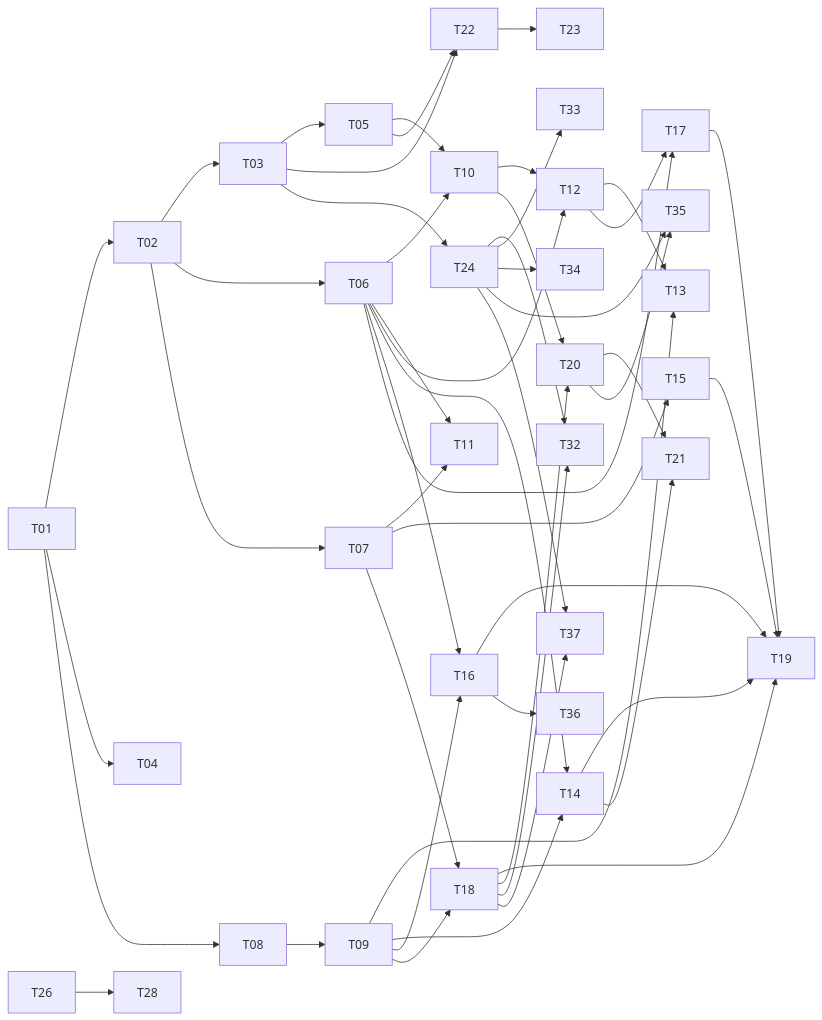
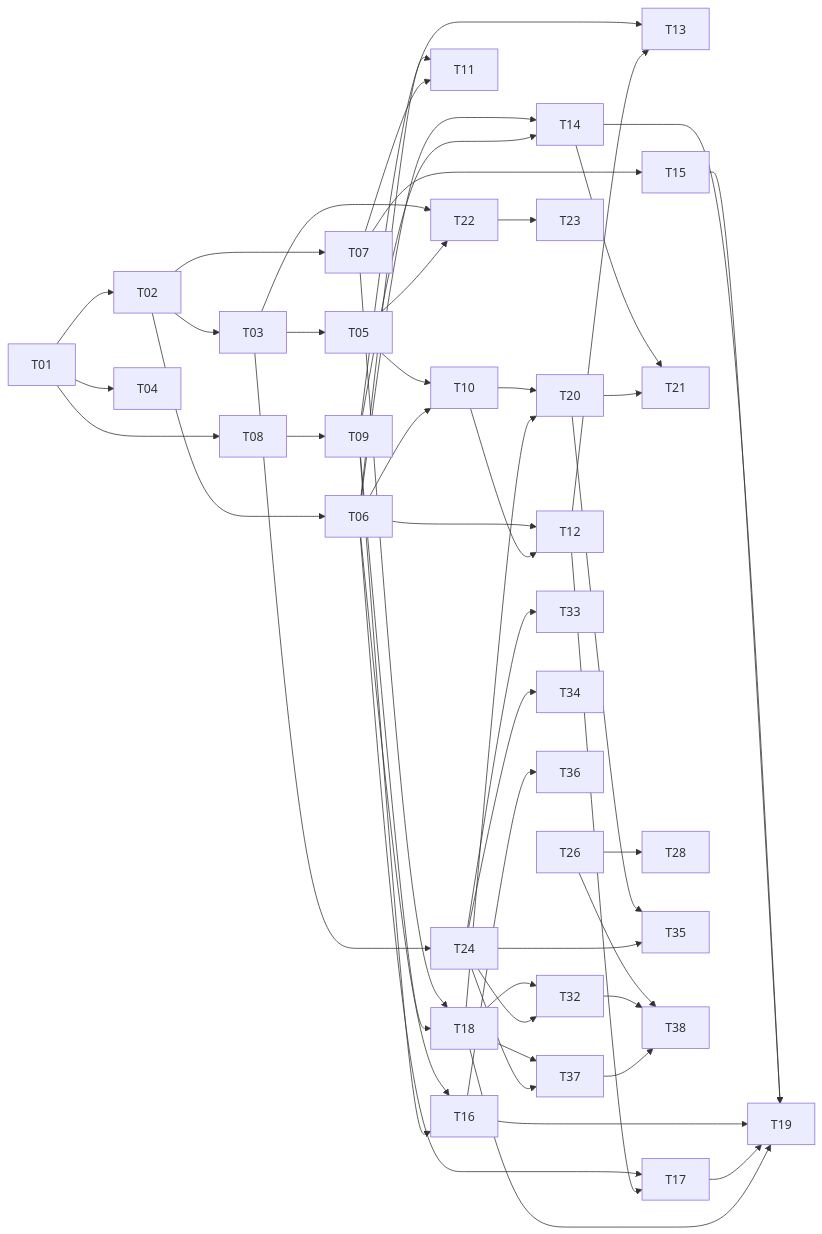
One commit to i-gabdrahmanov/ForgeIDE changed the diagram in docs/tasks/README.md. Above: the diagram before and after it, drawn with Mermaid. The commit also changed other lines of this file and 12 other files, not shown here.

````diff
--- a/docs/tasks/README.md
+++ b/docs/tasks/README.md
@@ -50,42 +51,45 @@
 ```mermaid
 flowchart LR
     T01 --> T02 --> T03 --> T05
     T01 --> T04
     T01 --> T08 --> T09
     T02 --> T06
     T02 --> T07
     T05 --> T10
     T06 --> T10
     T06 --> T11
     T07 --> T11
     T06 --> T12
     T10 --> T12
     T09 --> T13
     T12 --> T13
     T06 --> T14
     T09 --> T14
     T07 --> T15
     T06 --> T16
     T09 --> T16
     T06 --> T17
     T12 --> T17
     T07 --> T18
     T09 --> T18
     T14 & T15 & T16 & T17 & T18 --> T19
     T10 --> T20
     T18 --> T20
     T14 --> T21
     T20 --> T21
     T03 --> T22
     T05 --> T22
     T22 --> T23
     T03 --> T24
     T26 --> T28
     T18 --> T32
     T24 --> T32 & T33 & T34
     T20 --> T35
     T24 --> T35
     T16 --> T36
     T18 --> T37
     T24 --> T37
+    T26 --> T38
+    T32 --> T38
+    T37 --> T38
 ```
````
